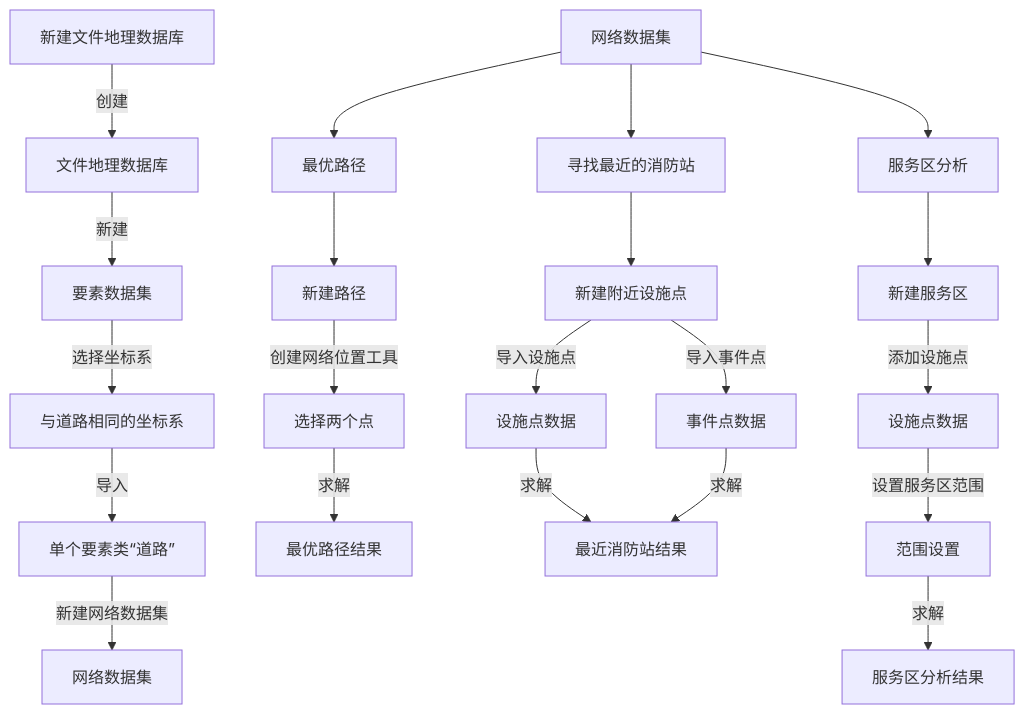
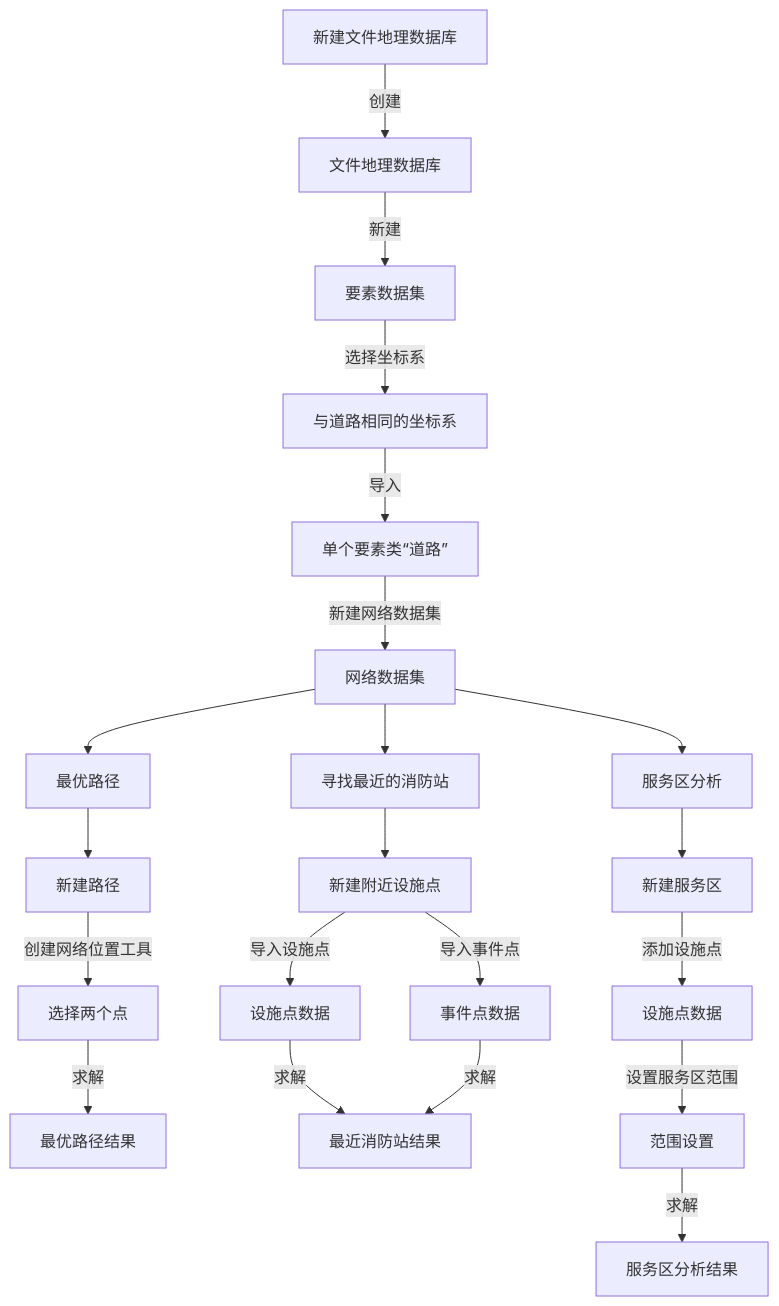
Before and after one commit to newguser/iodraw-files: the diagram in all/未命名.md, drawn with Mermaid.

Commit message:
2025-02-27 21:21:39 update

````diff
--- a/all/未命名.md
+++ b/all/未命名.md
@@ -1,24 +1,24 @@
 ```mermaid
 graph TD
     A[新建文件地理数据库] -->|创建| B[文件地理数据库]
     B -->|新建| C[要素数据集]
     C -->|选择坐标系| D[与道路相同的坐标系]
     D -->|导入| E[单个要素类“道路”]
     E -->|新建网络数据集| F[网络数据集]
     
-    G[网络数据集] -->H[最优路径]
-    G[网络数据集] -->I[寻找最近的消防站]
-    G[网络数据集] -->J[服务区分析]
+    F[网络数据集] -->H[最优路径]
+    F[网络数据集] -->I[寻找最近的消防站]
+    F[网络数据集] -->J[服务区分析]
     H[最优路径]-->H1[新建路径]
     H1[新建路径] -->|创建网络位置工具| H2[选择两个点]
         H2 -->|求解| H3[最优路径结果]
     I[寻找最近的消防站]-->I1[新建附近设施点]
     I1[新建附近设施点] -->|导入设施点| I2[设施点数据]
         I1 -->|导入事件点| I3[事件点数据]
         I2 -->|求解| I4[最近消防站结果]
         I3 -->|求解| I4
     J[服务区分析] -->J1[新建服务区]
      J1[新建服务区] -->|添加设施点| J2[设施点数据]
         J2 -->|设置服务区范围| J3[范围设置]
         J3 -->|求解| J4[服务区分析结果]
 ```
````
